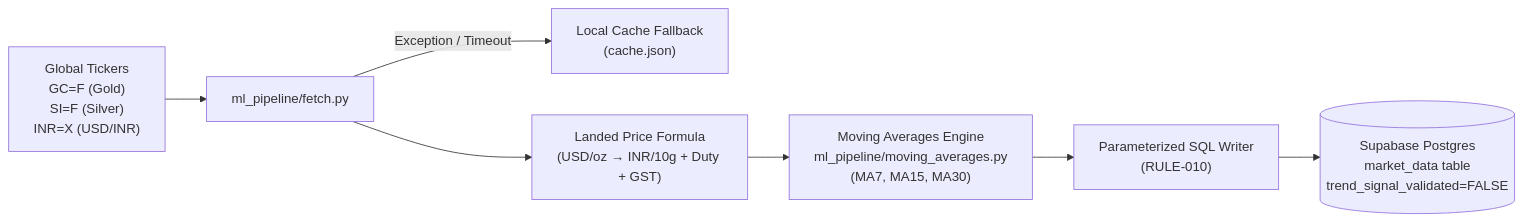
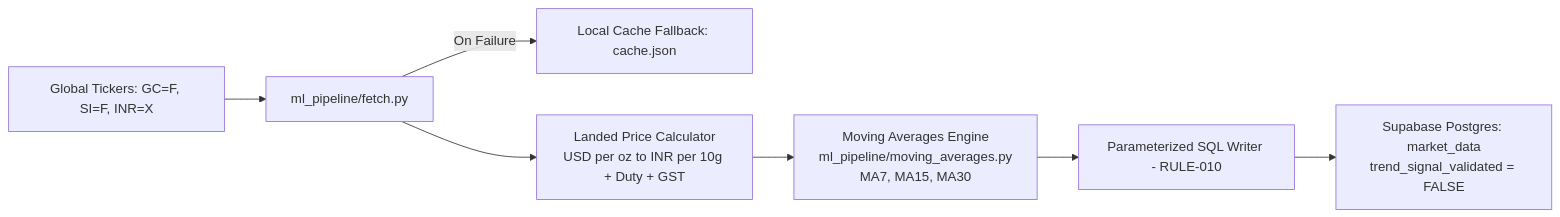
The second of 7 diagrams in README.md (HarshkumarG007/AurumAI), drawn with Mermaid before and after one commit. The commit also changed other lines of this file, not shown here.

Commit message:
fix(docs): resolve GitHub Mermaid diagram syntax errors and clean formatting

````diff
--- a/README.md
+++ b/README.md
@@ -151,9 +151,9 @@
 ```mermaid
 flowchart LR
-    YF["Global Tickers<br>GC=F (Gold)<br>SI=F (Silver)<br>INR=X (USD/INR)"] --> FETCH["ml_pipeline/fetch.py"]
-    FETCH -->|Exception / Timeout| CACHE["Local Cache Fallback<br>(cache.json)"]
-    FETCH --> FORMULA["Landed Price Formula<br>(USD/oz → INR/10g + Duty + GST)"]
-    FORMULA --> MA_CALC["Moving Averages Engine<br>ml_pipeline/moving_averages.py<br>(MA7, MA15, MA30)"]
-    MA_CALC --> SQL_INSERT["Parameterized SQL Writer<br>(RULE-010)"]
-    SQL_INSERT --> SUPABASE[("Supabase Postgres<br>market_data table<br>trend_signal_validated=FALSE")]
+    YF["Global Tickers: GC=F, SI=F, INR=X"] --> FETCH["ml_pipeline/fetch.py"]
+    FETCH -->|On Failure| CACHE["Local Cache Fallback: cache.json"]
+    FETCH --> FORMULA["Landed Price Calculator<br/>USD per oz to INR per 10g + Duty + GST"]
+    FORMULA --> MA_CALC["Moving Averages Engine<br/>ml_pipeline/moving_averages.py<br/>MA7, MA15, MA30"]
+    MA_CALC --> SQL_INSERT["Parameterized SQL Writer - RULE-010"]
+    SQL_INSERT --> SUPABASE["Supabase Postgres: market_data<br/>trend_signal_validated = FALSE"]
 ```
````
